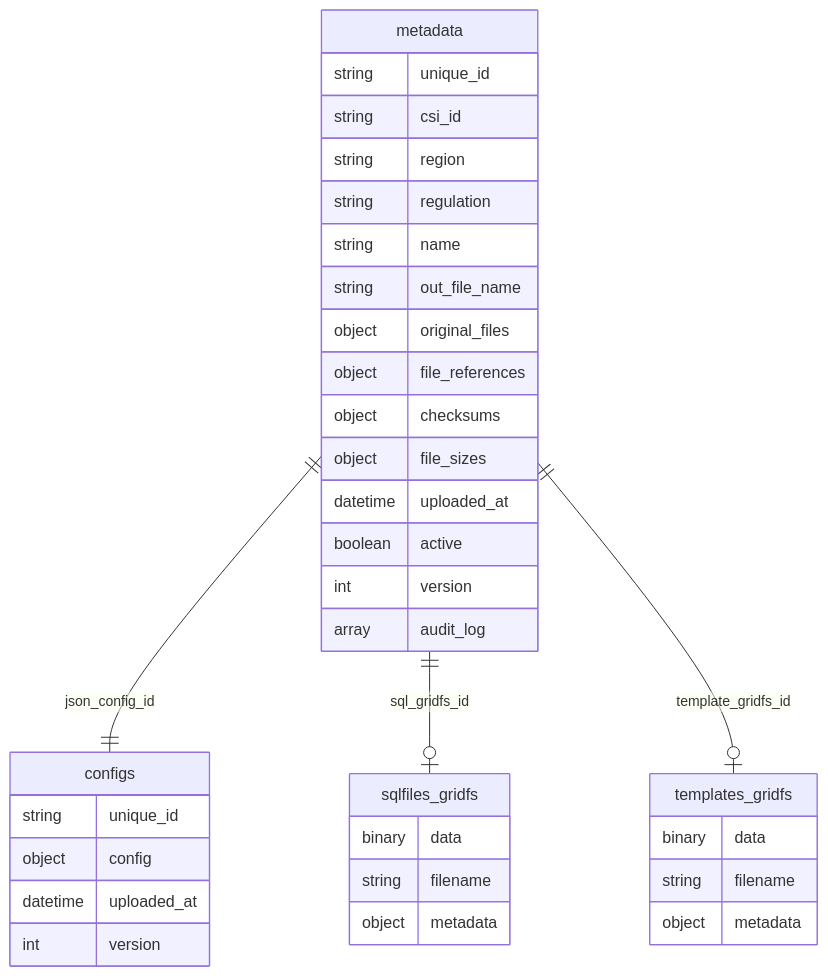
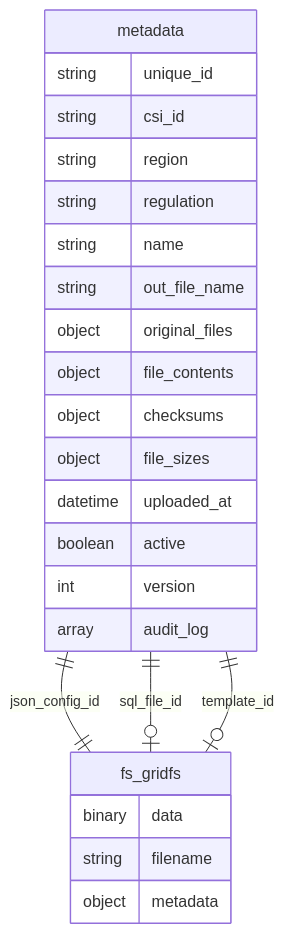
The third of 4 diagrams in README.md (uktentu/mongo_file_manager), drawn with Mermaid before and after one commit. The commit also changed other lines of this file, not shown here.

Commit message:
docs(readme): update architecture schemas and deployment instructions

````diff
--- a/README.md
+++ b/README.md
@@ -182,42 +183,29 @@
 ```mermaid
 erDiagram
     metadata {
         string unique_id
         string csi_id
         string region
         string regulation
         string name
         string out_file_name
         object original_files
-        object file_references
+        object file_contents
         object checksums
         object file_sizes
         datetime uploaded_at
         boolean active
         int version
         array audit_log
     }
 
-    configs {
-        string unique_id
-        object config
-        datetime uploaded_at
-        int version
-    }
-
-    sqlfiles_gridfs {
+    fs_gridfs {
         binary data
         string filename
         object metadata
     }
 
-    templates_gridfs {
-        binary data
-        string filename
-        object metadata
-    }
-
-    metadata ||--|| configs : "json_config_id"
-    metadata ||--o| sqlfiles_gridfs : "sql_gridfs_id"
-    metadata ||--o| templates_gridfs : "template_gridfs_id"
+    metadata ||--|| fs_gridfs : "json_config_id"
+    metadata ||--o| fs_gridfs : "sql_file_id"
+    metadata ||--o| fs_gridfs : "template_id"
 ```
````
